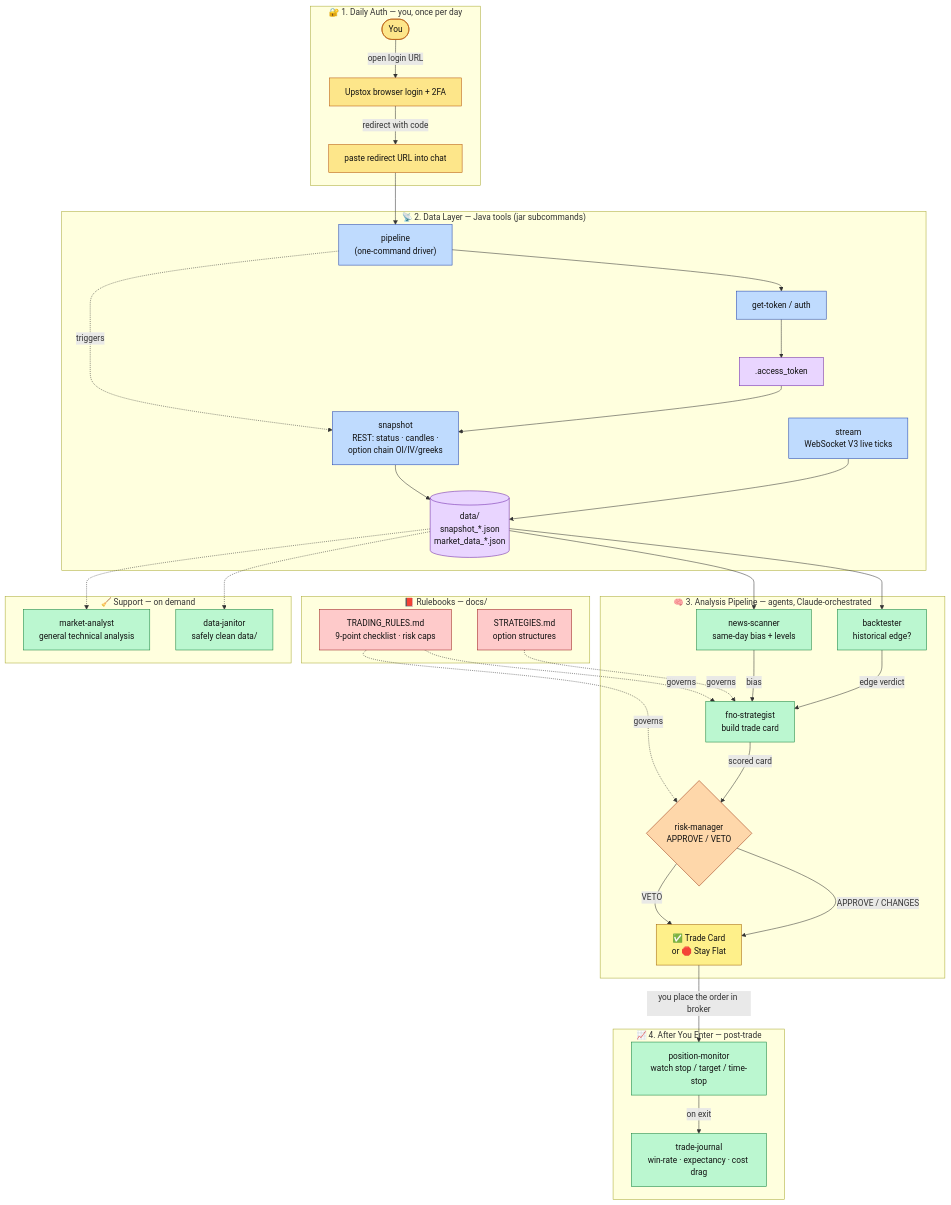
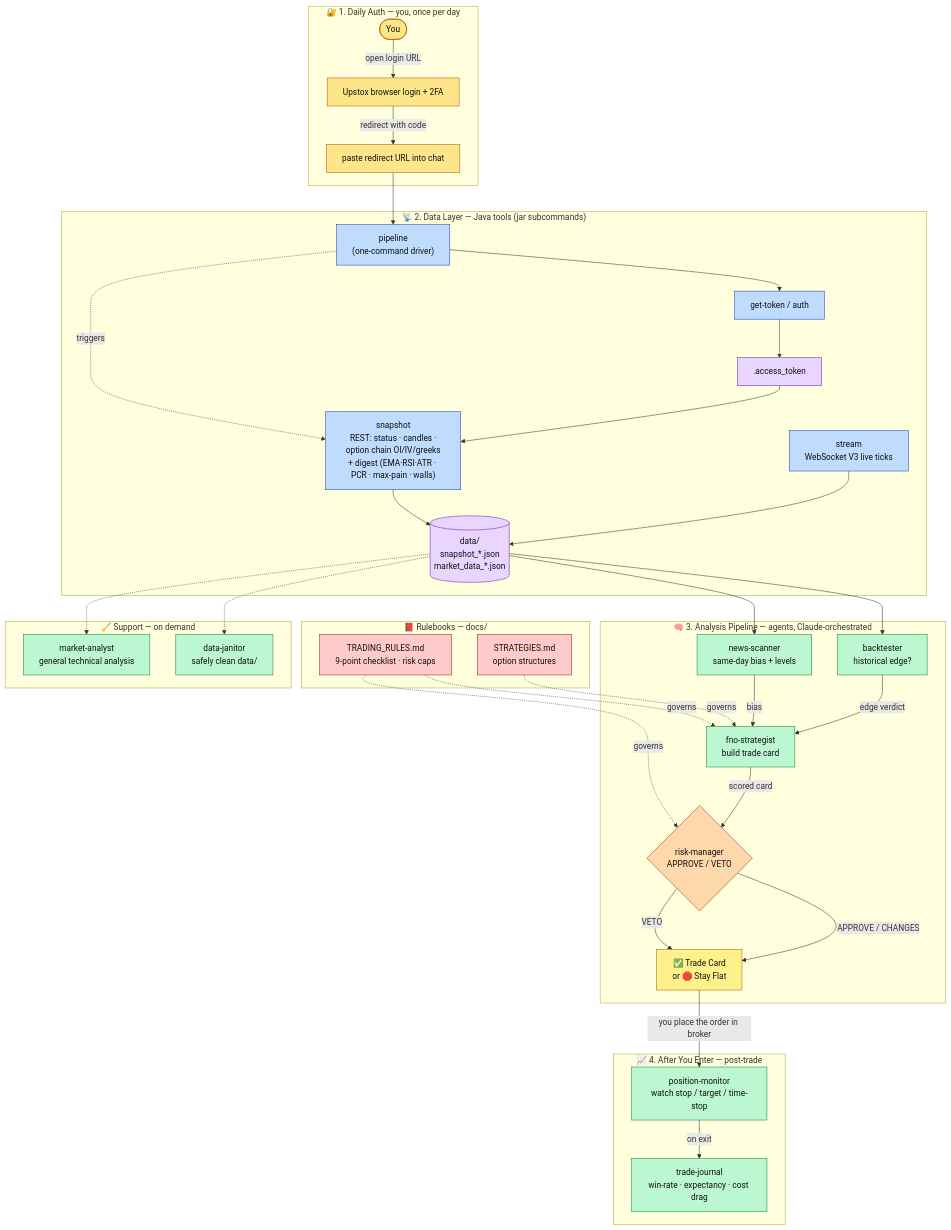
The diagram in docs/WORKFLOW.md (zaheenmunshi/upstox-fno-pipeline), drawn with Mermaid before and after one commit. The commit also changed 3 other files, not shown here.

First line of the commit message:
Document the snapshot digest in README, pipeline/workflow docs, and news-scanner

```diff
--- a/docs/WORKFLOW.md
+++ b/docs/WORKFLOW.md
@@ -22,7 +22,7 @@
         RP["pipeline<br/>(one-command driver)"]
         GT["get-token / auth"]
         TOK[".access_token"]
-        MS["snapshot<br/>REST: status · candles ·<br/>option chain OI/IV/greeks"]
+        MS["snapshot<br/>REST: status · candles ·<br/>option chain OI/IV/greeks<br/>+ digest (EMA·RSI·ATR · PCR · max-pain · walls)"]
         ST["stream<br/>WebSocket V3 live ticks"]
         DDIR[("data/<br/>snapshot_*.json<br/>market_data_*.json")]
     end
```
